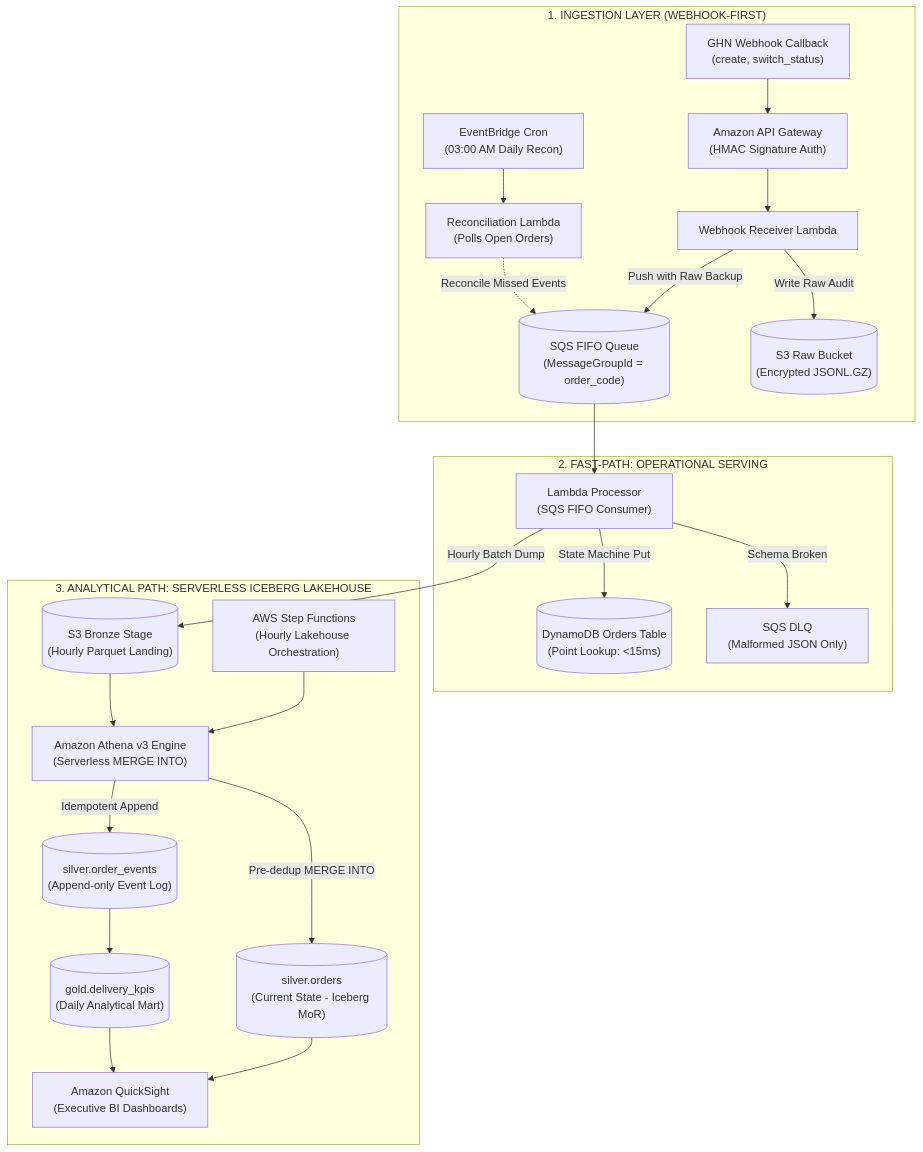
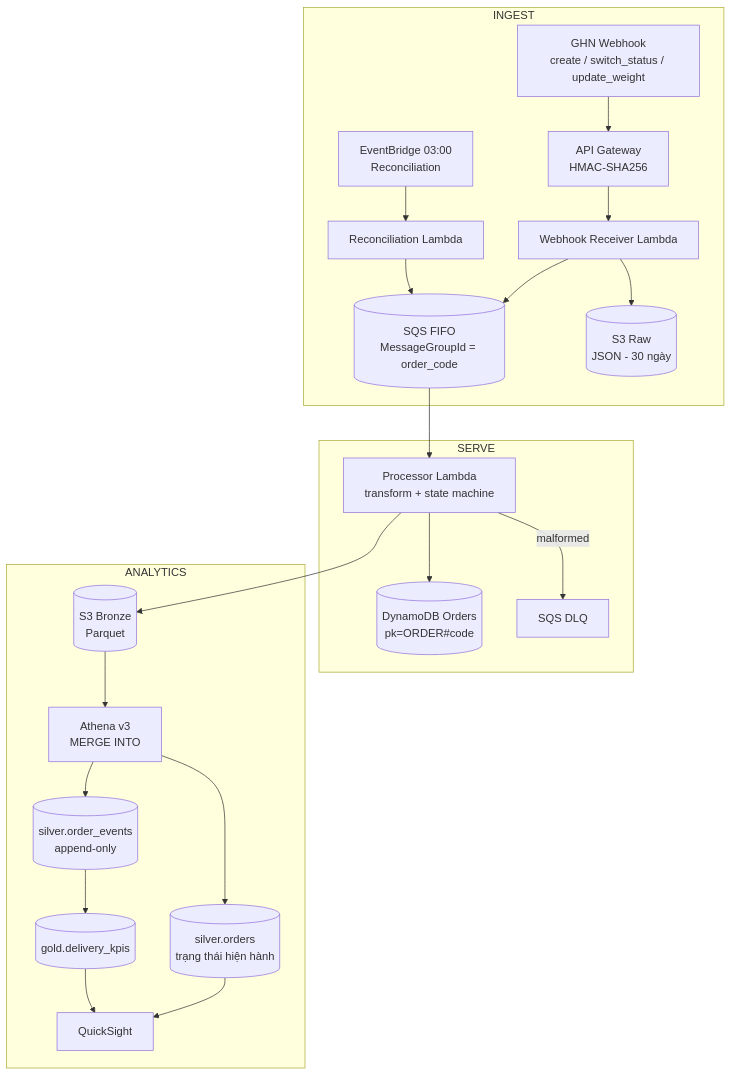
The diagram in docs/PROPOSAL.md (nguyendinhtanloc-Org/aws-workshop), drawn with Mermaid before and after one commit. The commit also changed other lines of this file and 2 other files, not shown here.

Commit message:
docs: align architecture diagrams with webhook-first and iceberg v5.0

````diff
--- a/docs/PROPOSAL.md
+++ b/docs/PROPOSAL.md
@@ -36,48 +66,42 @@
 ```mermaid
 flowchart TD
-  subgraph Ingestion_Stage ["1. INGESTION LAYER (WEBHOOK-FIRST)"]
-    GHN_WH["GHN Webhook Callback<br/>(create, switch_status)"]
-    APIGW["Amazon API Gateway<br/>(HMAC Signature Auth)"]
-    WH_LAMBDA["Webhook Receiver Lambda"]
-    SQS_FIFO[("SQS FIFO Queue<br/>(MessageGroupId = order_code)")]
-    RECON_CRON["EventBridge Cron<br/>(03:00 AM Daily Recon)"]
-    RECON_LAMBDA["Reconciliation Lambda<br/>(Polls Open Orders)"]
-    S3_RAW[("S3 Raw Bucket<br/>(Encrypted JSONL.GZ)")]
-    
-    GHN_WH --> APIGW
-    APIGW --> WH_LAMBDA
-    WH_LAMBDA -->|"Push with Raw Backup"| SQS_FIFO
-    WH_LAMBDA -->|"Write Raw Audit"| S3_RAW
-    RECON_CRON --> RECON_LAMBDA
-    RECON_LAMBDA -.->|"Reconcile Missed Events"| SQS_FIFO
+  subgraph INGEST
+    WH["GHN Webhook<br/>create / switch_status / update_weight"]
+    APIGW["API Gateway<br/>HMAC-SHA256"]
+    RECEIVER["Webhook Receiver Lambda"]
+    FIFO[("SQS FIFO<br/>MessageGroupId = order_code")]
+    CRON["EventBridge 03:00<br/>Reconciliation"]
+    RECON["Reconciliation Lambda"]
+    RAW[("S3 Raw<br/>JSON - 30 ngày")]
   end
 
-  subgraph Fast_Path ["2. FAST-PATH: OPERATIONAL SERVING"]
-    PROC["Lambda Processor<br/>(SQS FIFO Consumer)"]
-    DDB_ORDERS[("DynamoDB Orders Table<br/>(Point Lookup: <15ms)")]
-    DLQ["SQS DLQ<br/>(Malformed JSON Only)"]
-    
-    SQS_FIFO --> PROC
-    PROC -->|"State Machine Put"| DDB_ORDERS
-    PROC -->|"Schema Broken"| DLQ
+  subgraph SERVE
+    PROC["Processor Lambda<br/>transform + state machine"]
+    DDB[("DynamoDB Orders<br/>pk=ORDER#code")]
+    DLQ["SQS DLQ"]
   end
 
-  subgraph Analytical_Path ["3. ANALYTICAL PATH: SERVERLESS ICEBERG LAKEHOUSE"]
-    S3_BRONZE[("S3 Bronze Stage<br/>(Hourly Parquet Landing)")]
-    STEP_FN["AWS Step Functions<br/>(Hourly Lakehouse Orchestration)"]
-    ATHENA_MERGE["Amazon Athena v3 Engine<br/>(Serverless MERGE INTO)"]
-    ICEBERG_EVENTS[("silver.order_events<br/>(Append-only Event Log)")]
-    ICEBERG_ORDERS[("silver.orders<br/>(Current State - Iceberg MoR)")]
-    S3_GOLD[("gold.delivery_kpis<br/>(Daily Analytical Mart)")]
-    QS["Amazon QuickSight<br/>(Executive BI Dashboards)"]
-    
-    PROC -->|"Hourly Batch Dump"| S3_BRONZE
-    STEP_FN --> ATHENA_MERGE
-    S3_BRONZE --> ATHENA_MERGE
-    ATHENA_MERGE -->|"Idempotent Append"| ICEBERG_EVENTS
-    ATHENA_MERGE -->|"Pre-dedup MERGE INTO"| ICEBERG_ORDERS
-    ICEBERG_EVENTS --> S3_GOLD
-    ICEBERG_ORDERS --> QS
-    S3_GOLD --> QS
+  subgraph ANALYTICS
+    BRONZE[("S3 Bronze<br/>Parquet")]
+    MERGE["Athena v3<br/>MERGE INTO"]
+    EVENTS[("silver.order_events<br/>append-only")]
+    ORDERS[("silver.orders<br/>trạng thái hiện hành")]
+    GOLD[("gold.delivery_kpis")]
+    QS["QuickSight"]
   end
+
+  WH --> APIGW --> RECEIVER
+  RECEIVER --> RAW
+  RECEIVER --> FIFO
+  CRON --> RECON --> FIFO
+  FIFO --> PROC
+  PROC --> DDB
+  PROC -->|malformed| DLQ
+  PROC --> BRONZE
+  BRONZE --> MERGE
+  MERGE --> EVENTS
+  MERGE --> ORDERS
+  EVENTS --> GOLD
+  ORDERS --> QS
+  GOLD --> QS
 ```
````
